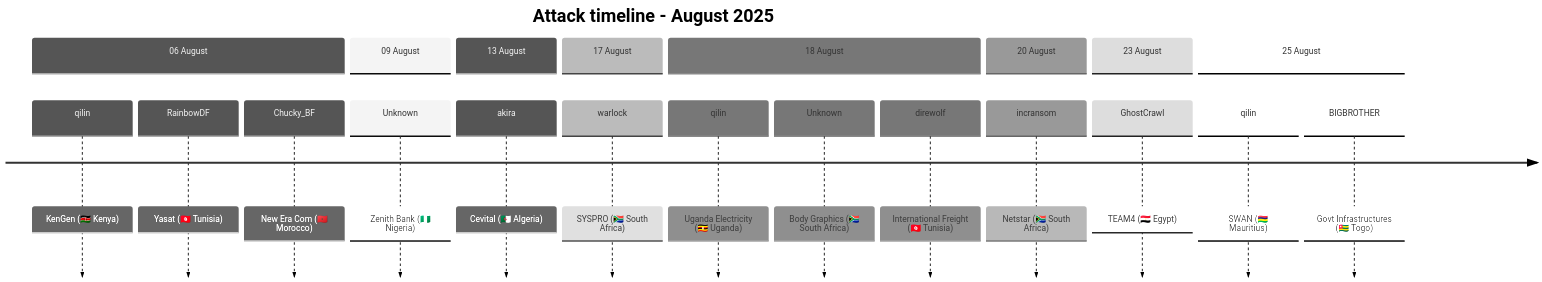
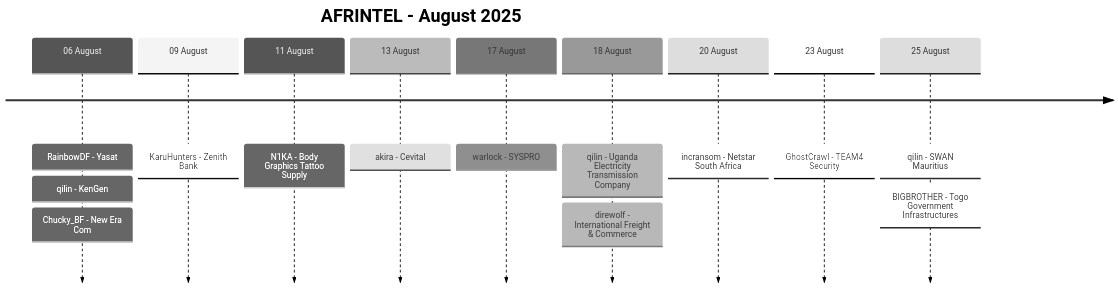
The third of 3 diagrams in CyberAttackAfrica/2025/08-august/README.md (Hatchepsoute/AFRINTEL), drawn with Mermaid (neutral theme) before and after one commit. The commit also changed other lines of this file and 35 other files, not shown here.

````diff
--- a/CyberAttackAfrica/2025/08-august/README.md
+++ b/CyberAttackAfrica/2025/08-august/README.md
@@ -259,26 +236,17 @@
 ```mermaid
 timeline
-    title Attack timeline - August 2025
-
-    section 06 August
-        qilin : KenGen (🇰🇪 Kenya)
-        RainbowDF : Yasat (🇹🇳 Tunisia)
-        Chucky_BF : New Era Com (🇲🇦 Morocco)
-    section 09 August
-        Unknown : Zenith Bank (🇳🇬 Nigeria)
-    section 13 August
-        akira : Cevital (🇩🇿 Algeria)
-    section 17 August
-        warlock : SYSPRO (🇿🇦 South Africa)
-    section 18 August
-        qilin : Uganda Electricity (🇺🇬 Uganda)
-        Unknown : Body Graphics (🇿🇦 South Africa)
-        direwolf : International Freight (🇹🇳 Tunisia)
-    section 20 August
-        incransom : Netstar (🇿🇦 South Africa)
-    section 23 August
-        GhostCrawl : TEAM4 (🇪🇬 Egypt)
-    section 25 August
-        qilin : SWAN (🇲🇺 Mauritius)
-        BIGBROTHER : Govt Infrastructures (🇹🇬 Togo)
+    title AFRINTEL - August 2025
+    06 August : RainbowDF - Yasat
+              : qilin - KenGen
+              : Chucky_BF - New Era Com
+    09 August : KaruHunters - Zenith Bank
+    11 August : N1KA - Body Graphics Tattoo Supply
+    13 August : akira - Cevital
+    17 August : warlock - SYSPRO
+    18 August : qilin - Uganda Electricity Transmission Company
+              : direwolf - International Freight & Commerce
+    20 August : incransom - Netstar South Africa
+    23 August : GhostCrawl - TEAM4 Security
+    25 August : qilin - SWAN Mauritius
+              : BIGBROTHER - Togo Government Infrastructures
 ```
````
